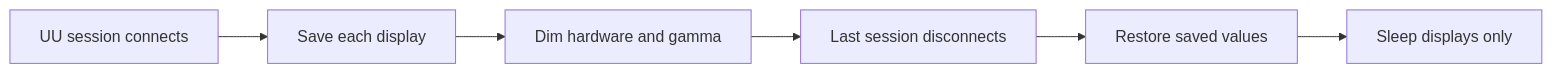
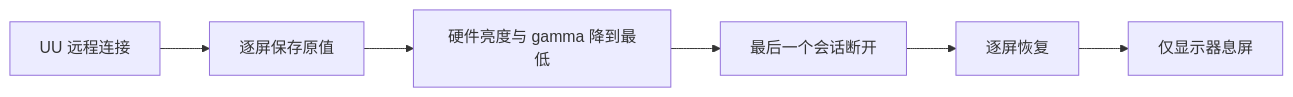
One commit to zpmdd/uuremote-brightness-guard changed the diagram in README.md. Above: the diagram before and after it, drawn with Mermaid. The commit also changed other lines of this file and 2 other files, not shown here.

````diff
--- a/README.md
+++ b/README.md
@@ -25,8 +25,8 @@
 ```mermaid
 flowchart LR
-    A[UU session connects] --> B[Save each display]
-    B --> C[Dim hardware and gamma]
-    C --> D[Last session disconnects]
-    D --> E[Restore saved values]
-    E --> F[Sleep displays only]
+    A[UU 远程连接] --> B[逐屏保存原值]
+    B --> C[硬件亮度与 gamma 降到最低]
+    C --> D[最后一个会话断开]
+    D --> E[逐屏恢复]
+    E --> F[仅显示器息屏]
 ```
````
